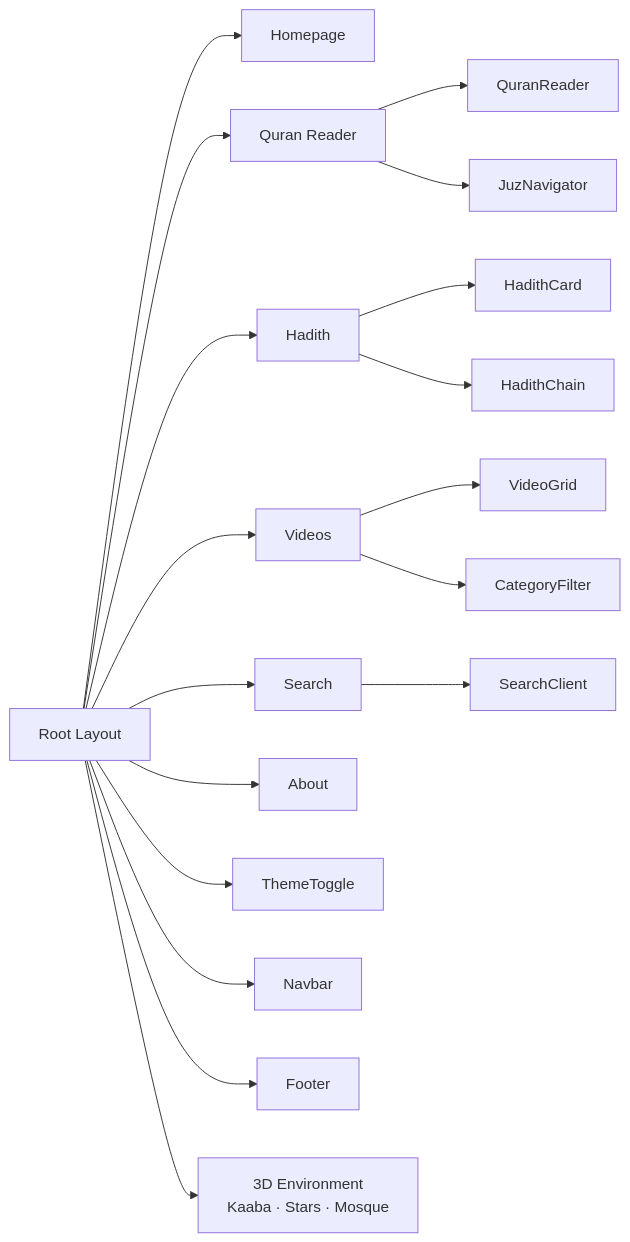
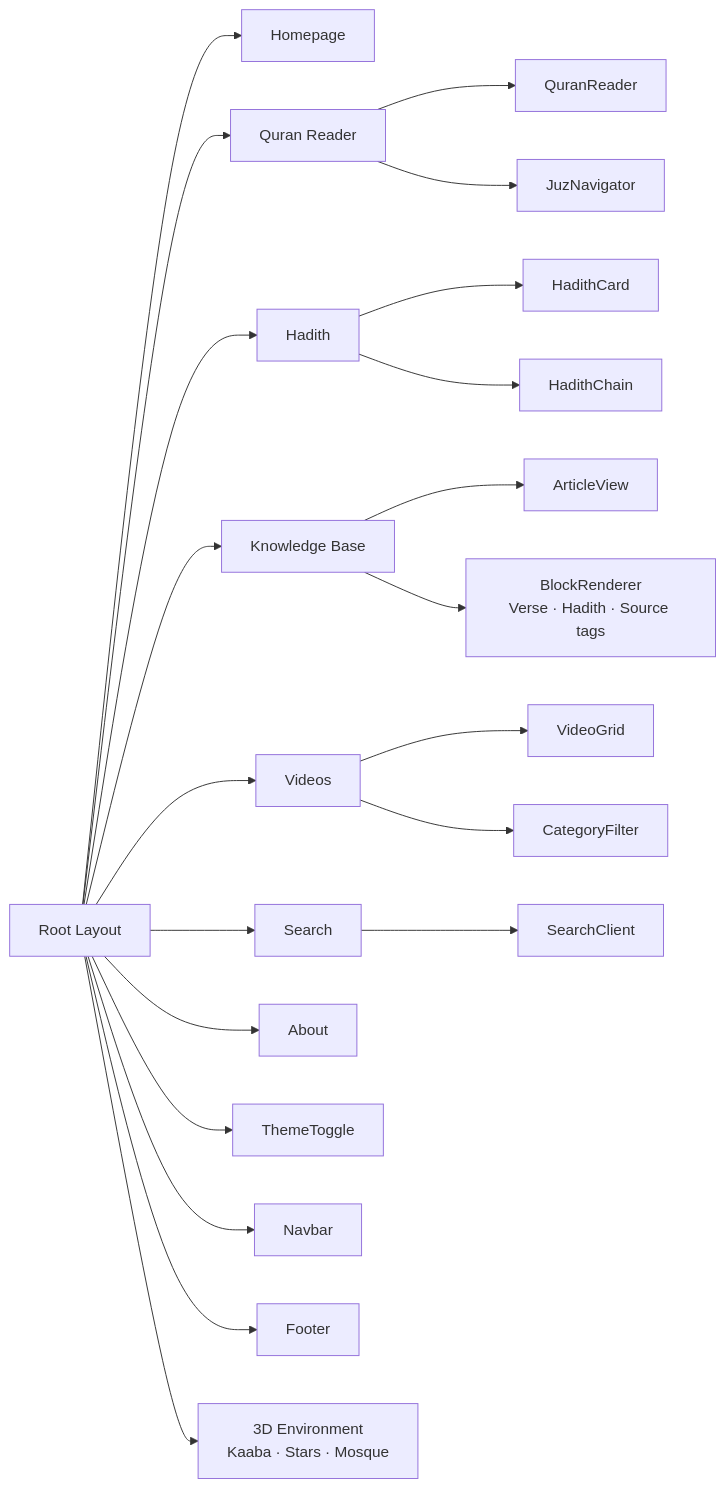
The second of 3 diagrams in README.md (mdsarfarazalam840/Islamic-website), drawn with Mermaid before and after one commit. The commit also changed other lines of this file and 98 other files, not shown here.

Commit message:
Major Feature Added Knowledge Base in the website with updated Readme

````diff
--- a/README.md
+++ b/README.md
@@ -85,20 +90,23 @@
 ```mermaid
 graph LR
     ROOT[Root Layout] --> HOME[Homepage]
     ROOT --> QRN[Quran Reader]
     ROOT --> HAD[Hadith]
+    ROOT --> KBS[Knowledge Base]
     ROOT --> VID[Videos]
     ROOT --> SRC[Search]
     ROOT --> ABT[About]
     QRN --> QR[QuranReader]
     QRN --> JZ[JuzNavigator]
     HAD --> HC[HadithCard]
     HAD --> HCH[HadithChain]
+    KBS --> AV[ArticleView]
+    KBS --> BR[BlockRenderer<br/>Verse · Hadith · Source tags]
     VID --> VG[VideoGrid]
     VID --> CF[CategoryFilter]
     SRC --> SC[SearchClient]
     ROOT --> TGL[ThemeToggle]
     ROOT --> NAV[Navbar]
     ROOT --> FTR[Footer]
     ROOT --> T40[3D Environment<br/>Kaaba · Stars · Mosque]
 ```
````
